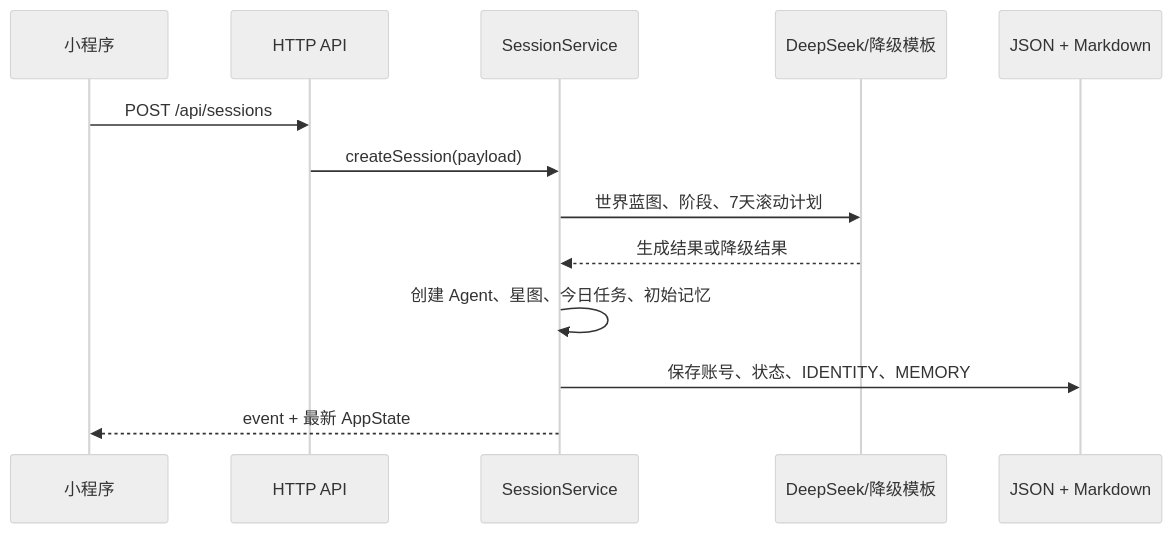
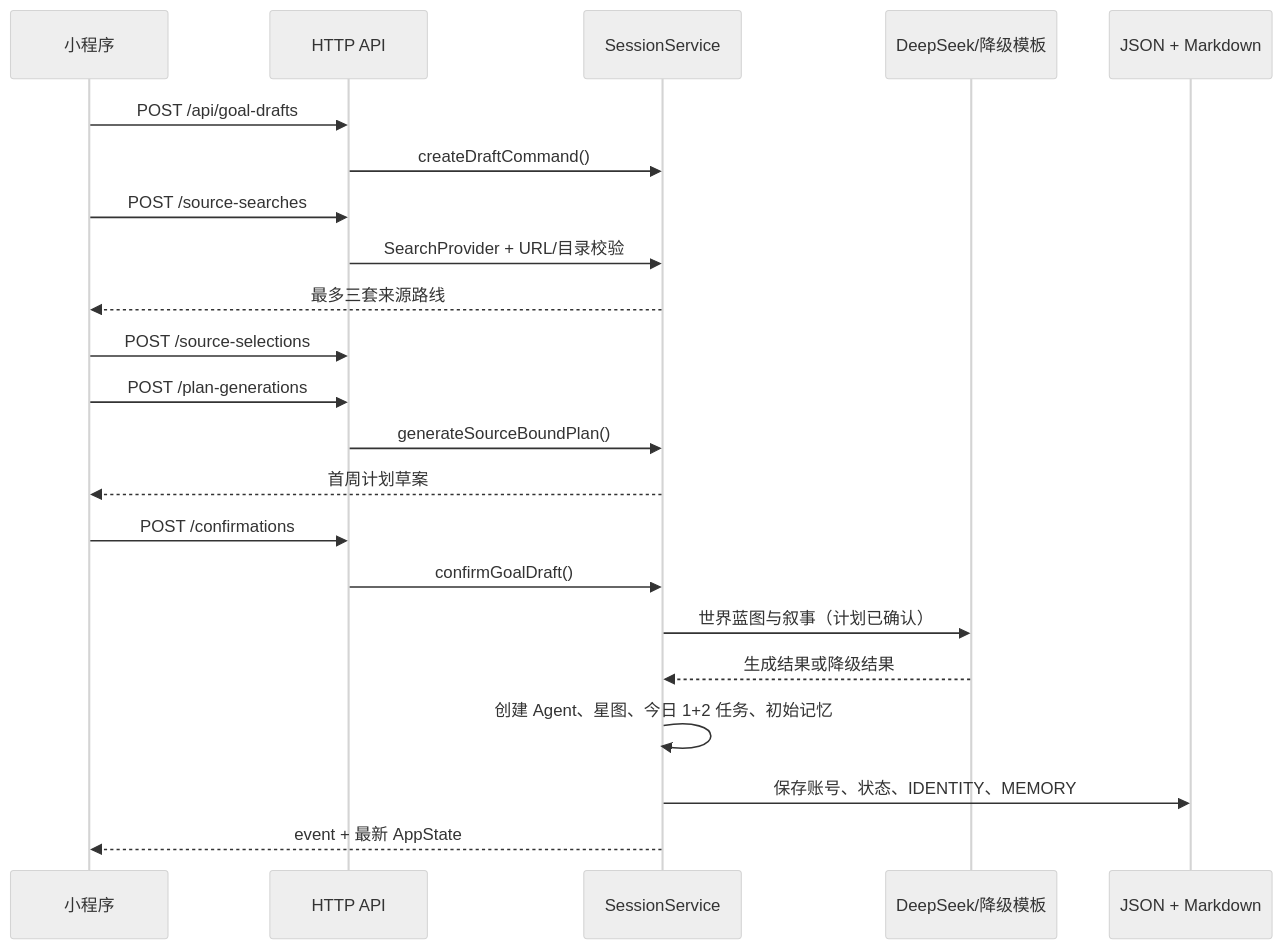
The second of 2 diagrams in AIGC-cloudrun-ready/docs/PROJECT_OVERVIEW.md (wx0602/dreamwave), drawn with Mermaid (neutral theme) before and after one commit. The commit also changed other lines of this file and 3 other files, not shown here.

````diff
--- a/AIGC-cloudrun-ready/docs/PROJECT_OVERVIEW.md
+++ b/AIGC-cloudrun-ready/docs/PROJECT_OVERVIEW.md
@@ -317,15 +330,24 @@
 ```mermaid
 sequenceDiagram
     participant MP as 小程序
     participant API as HTTP API
     participant S as SessionService
     participant AI as DeepSeek/降级模板
     participant FS as JSON + Markdown
-    MP->>API: POST /api/sessions
-    API->>S: createSession(payload)
-    S->>AI: 世界蓝图、阶段、7天滚动计划
+    MP->>API: POST /api/goal-drafts
+    API->>S: createDraftCommand()
+    MP->>API: POST /source-searches
+    API->>S: SearchProvider + URL/目录校验
+    S-->>MP: 最多三套来源路线
+    MP->>API: POST /source-selections
+    MP->>API: POST /plan-generations
+    API->>S: generateSourceBoundPlan()
+    S-->>MP: 首周计划草案
+    MP->>API: POST /confirmations
+    API->>S: confirmGoalDraft()
+    S->>AI: 世界蓝图与叙事（计划已确认）
     AI-->>S: 生成结果或降级结果
-    S->>S: 创建 Agent、星图、今日任务、初始记忆
+    S->>S: 创建 Agent、星图、今日 1+2 任务、初始记忆
     S->>FS: 保存账号、状态、IDENTITY、MEMORY
     S-->>MP: event + 最新 AppState
 ```
````
